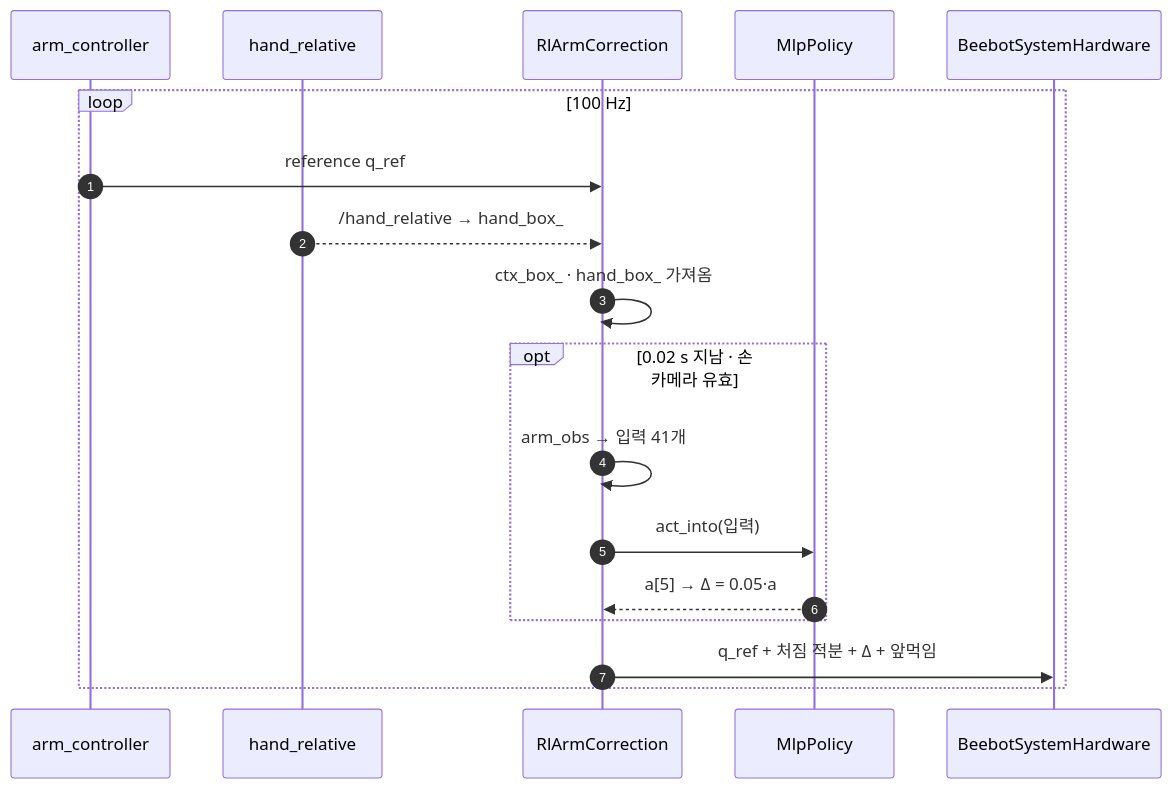
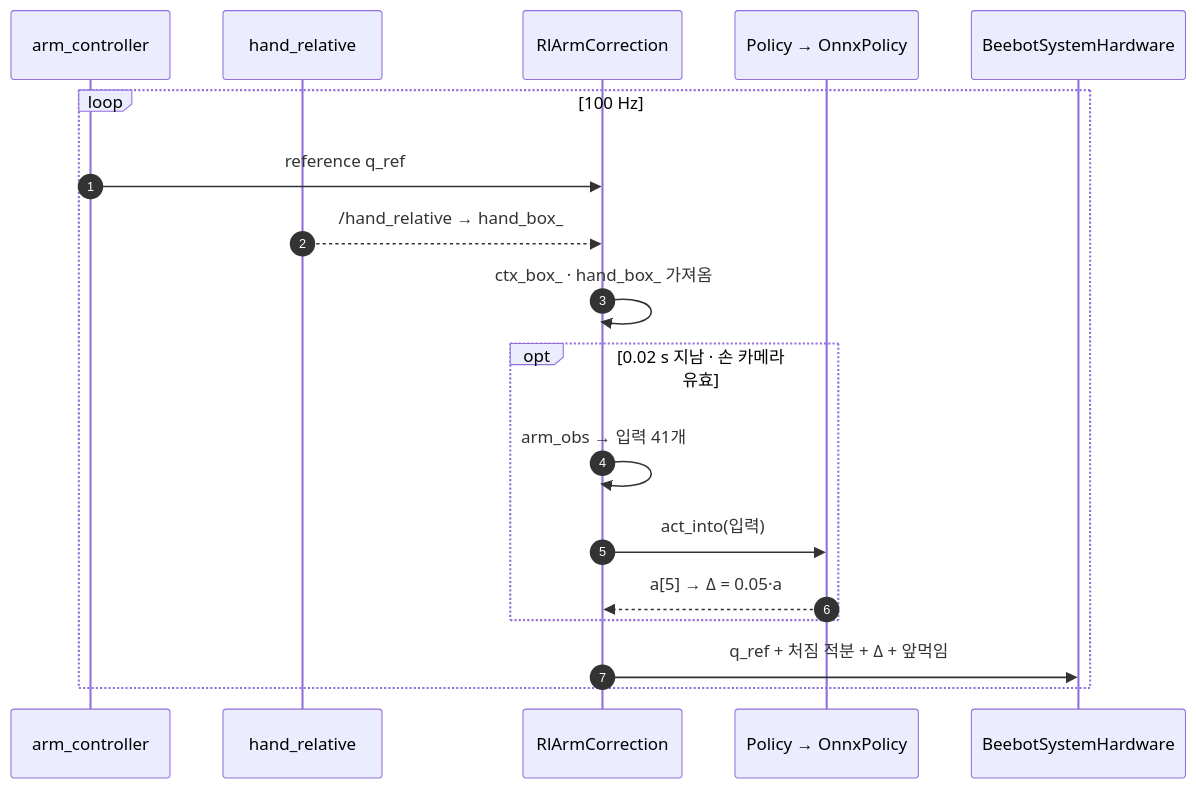
Before and after one commit to JuneKunst/JuneKunst.github.io: the fourth of 7 diagrams in bee/policy-runtime.md, drawn with Mermaid. The commit also changed other lines of this file and 3 other files, not shown here.

Commit message:
bee: PR #97 적용 기준으로 — 정책 실행 순서 페이지를 ml::Policy · OnnxPolicy 순서도로 · 지금 구조 기준 줄

````diff
--- a/bee/policy-runtime.md
+++ b/bee/policy-runtime.md
@@ -145,20 +154,20 @@
 ```mermaid
 sequenceDiagram
   autonumber
   participant JTC as arm_controller
   participant HR as hand_relative
   participant RC as RlArmCorrection
-  participant MP as MlpPolicy
+  participant MP as Policy → OnnxPolicy
   participant HW as BeebotSystemHardware
   loop 100 Hz
     JTC->>RC: reference q_ref
     HR-->>RC: /hand_relative → hand_box_
     RC->>RC: ctx_box_ · hand_box_ 가져옴
     opt 0.02 s 지남 · 손 카메라 유효
       RC->>RC: arm_obs → 입력 41개
       RC->>MP: act_into(입력)
       MP-->>RC: a[5] → Δ = 0.05·a
     end
     RC->>HW: q_ref + 처짐 적분 + Δ + 앞먹임
   end
 ```
````
